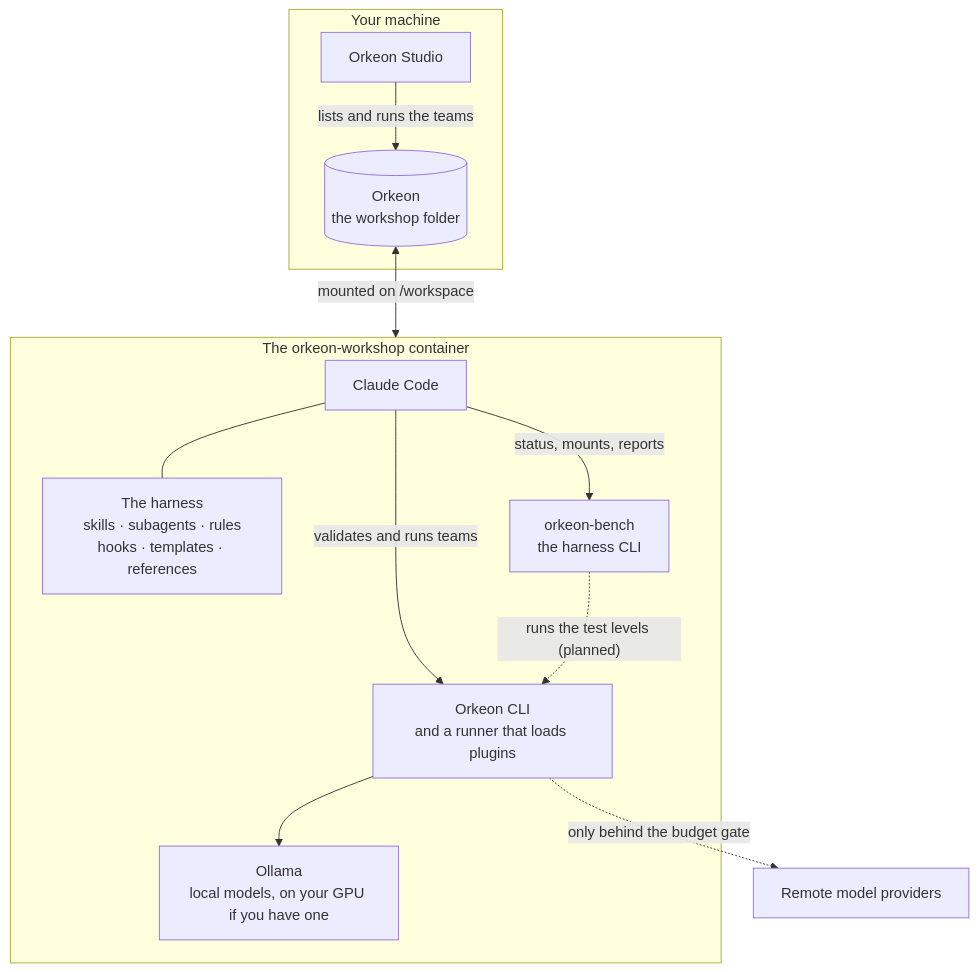
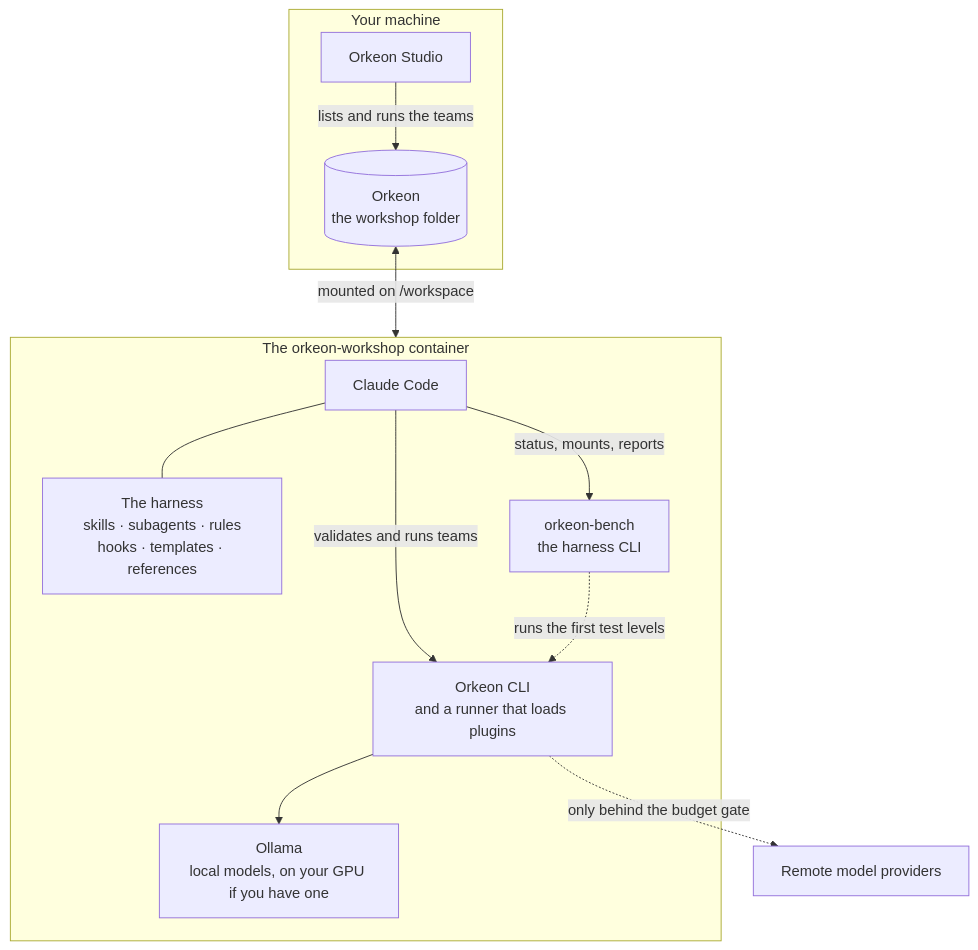
Before and after one commit to Orkeon/orkeon-workshop: the diagram in docs/concepts/workshop.md, drawn with Mermaid. The commit also changed other lines of this file and 226 other files, not shown here.

````diff
--- a/docs/concepts/workshop.md
+++ b/docs/concepts/workshop.md
@@ -10,23 +10,23 @@
 ```mermaid
 flowchart TB
     subgraph host["Your machine"]
         studio["Orkeon Studio"]
         folder[("Orkeon<br/>the workshop folder")]
     end
     subgraph box["The orkeon-workshop container"]
         claude["Claude Code"]
         harness["The harness<br/>skills · subagents · rules<br/>hooks · templates · references"]
         bench["orkeon-bench<br/>the harness CLI"]
         orkeon["Orkeon CLI<br/>and a runner that loads plugins"]
         ollama["Ollama<br/>local models, on your GPU if you have one"]
         claude --- harness
         claude -->|"status, mounts, reports"| bench
         claude -->|"validates and runs teams"| orkeon
-        bench -.->|"runs the test levels (planned)"| orkeon
+        bench -.->|"runs the first test levels"| orkeon
         orkeon --> ollama
     end
     remote["Remote model providers"]
     studio -->|"lists and runs the teams"| folder
     folder <-->|"mounted on /workspace"| box
     orkeon -.->|"only behind the budget gate"| remote
 ```
````
